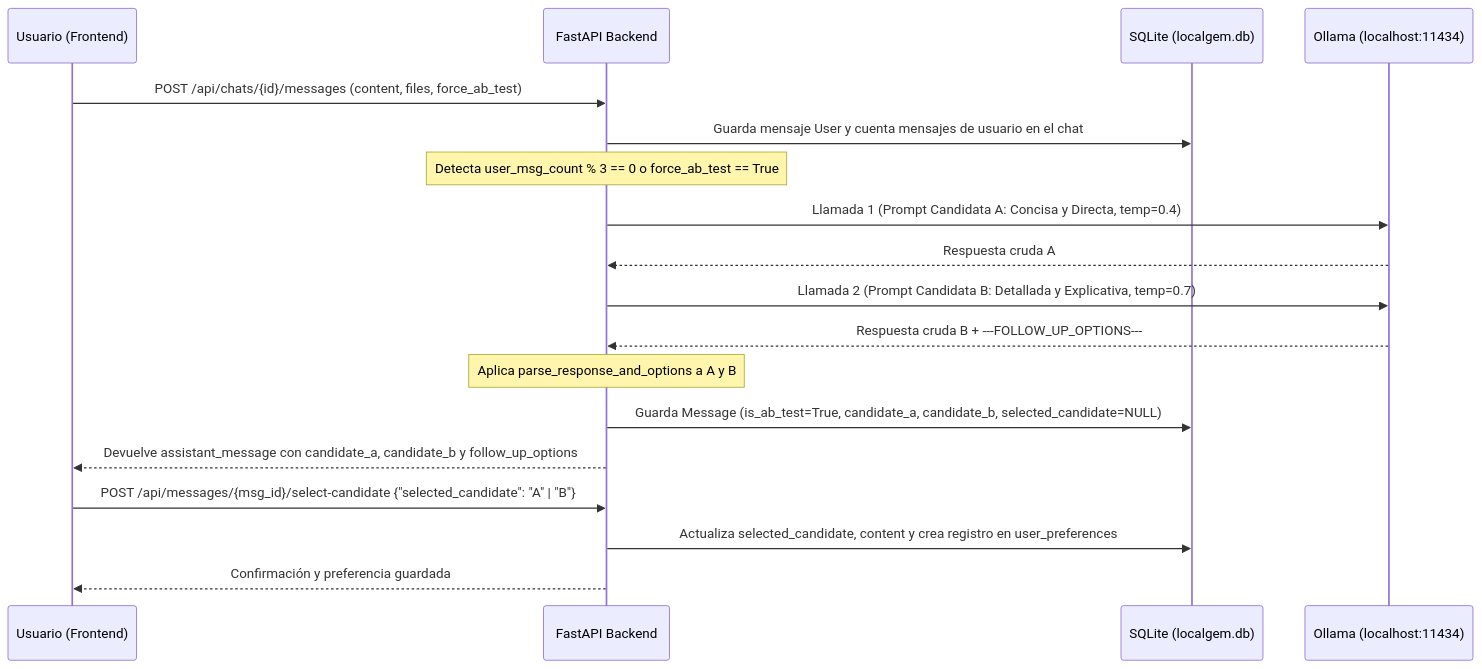
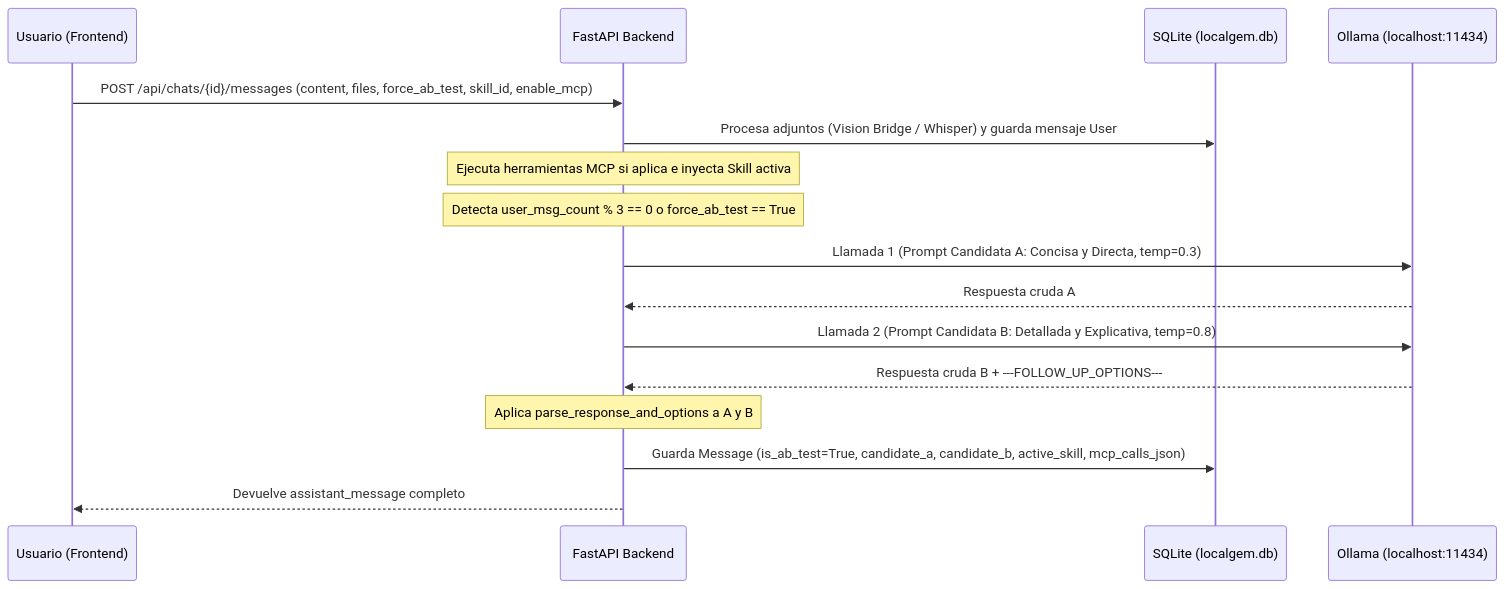
Before and after one commit to MiguelAGutierrezS/proyectoFinalTopicos: the second of 3 diagrams in specs/03-ai-orchestration.md, drawn with Mermaid. The commit also changed other lines of this file and 22 other files, not shown here.

Commit message:
feat: mcp y skill

````diff
--- a/specs/03-ai-orchestration.md
+++ b/specs/03-ai-orchestration.md
@@ -154,21 +117,19 @@
 ```mermaid
 sequenceDiagram
     participant U as Usuario (Frontend)
     participant API as FastAPI Backend
     participant DB as SQLite (localgem.db)
     participant OL as Ollama (localhost:11434)
 
-    U->>API: POST /api/chats/{id}/messages (content, files, force_ab_test)
-    API->>DB: Guarda mensaje User y cuenta mensajes de usuario en el chat
+    U->>API: POST /api/chats/{id}/messages (content, files, force_ab_test, skill_id, enable_mcp)
+    API->>DB: Procesa adjuntos (Vision Bridge / Whisper) y guarda mensaje User
+    Note over API: Ejecuta herramientas MCP si aplica e inyecta Skill activa
     Note over API: Detecta user_msg_count % 3 == 0 o force_ab_test == True
-    API->>OL: Llamada 1 (Prompt Candidata A: Concisa y Directa, temp=0.4)
+    API->>OL: Llamada 1 (Prompt Candidata A: Concisa y Directa, temp=0.3)
     OL-->>API: Respuesta cruda A
-    API->>OL: Llamada 2 (Prompt Candidata B: Detallada y Explicativa, temp=0.7)
+    API->>OL: Llamada 2 (Prompt Candidata B: Detallada y Explicativa, temp=0.8)
     OL-->>API: Respuesta cruda B + ---FOLLOW_UP_OPTIONS---
     Note over API: Aplica parse_response_and_options a A y B
-    API->>DB: Guarda Message (is_ab_test=True, candidate_a, candidate_b, selected_candidate=NULL)
-    API-->>U: Devuelve assistant_message con candidate_a, candidate_b y follow_up_options
-    U->>API: POST /api/messages/{msg_id}/select-candidate {"selected_candidate": "A" | "B"}
-    API->>DB: Actualiza selected_candidate, content y crea registro en user_preferences
-    API-->>U: Confirmación y preferencia guardada
+    API->>DB: Guarda Message (is_ab_test=True, candidate_a, candidate_b, active_skill, mcp_calls_json)
+    API-->>U: Devuelve assistant_message completo
 ```
````
